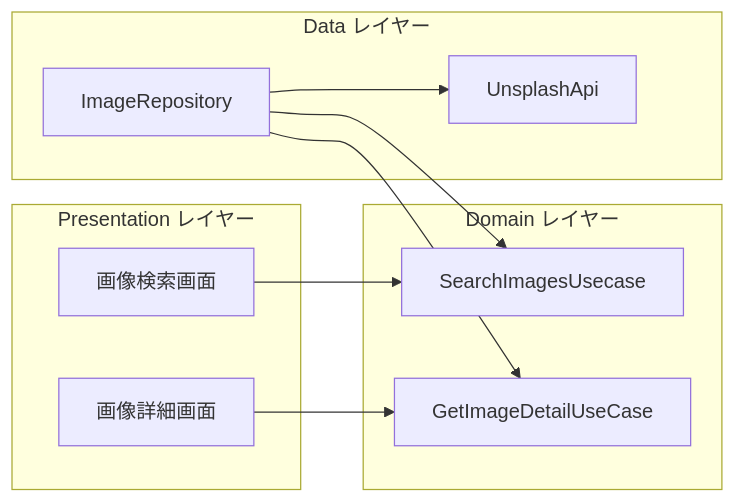
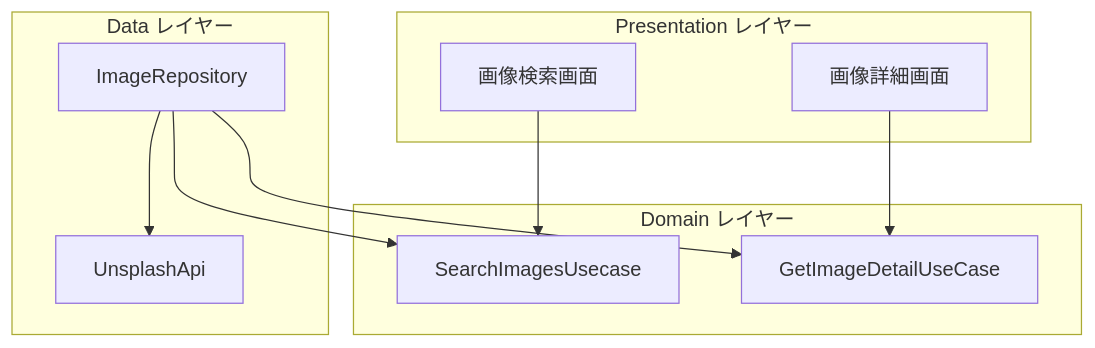
Before and after one commit to shmzzzz/ImageSearchApp: the diagram in README.md, drawn with Mermaid. The commit also changed other lines of this file, not shown here.

Commit message:
docs: READMEの更新

````diff
--- a/README.md
+++ b/README.md
@@ -41,20 +42,20 @@
 ```mermaid
-graph LR
+graph TD
     subgraph "Presentation レイヤー"
         A[画像検索画面]
         B[画像詳細画面]
     end
     subgraph "Domain レイヤー"
         C[SearchImagesUsecase]
         D[GetImageDetailUseCase]
     end
     subgraph "Data レイヤー"
         E[ImageRepository]
         F[UnsplashApi]
     end
     A --> C
     B --> D
     E --> C
     E --> D
     E --> F
 ```
````
